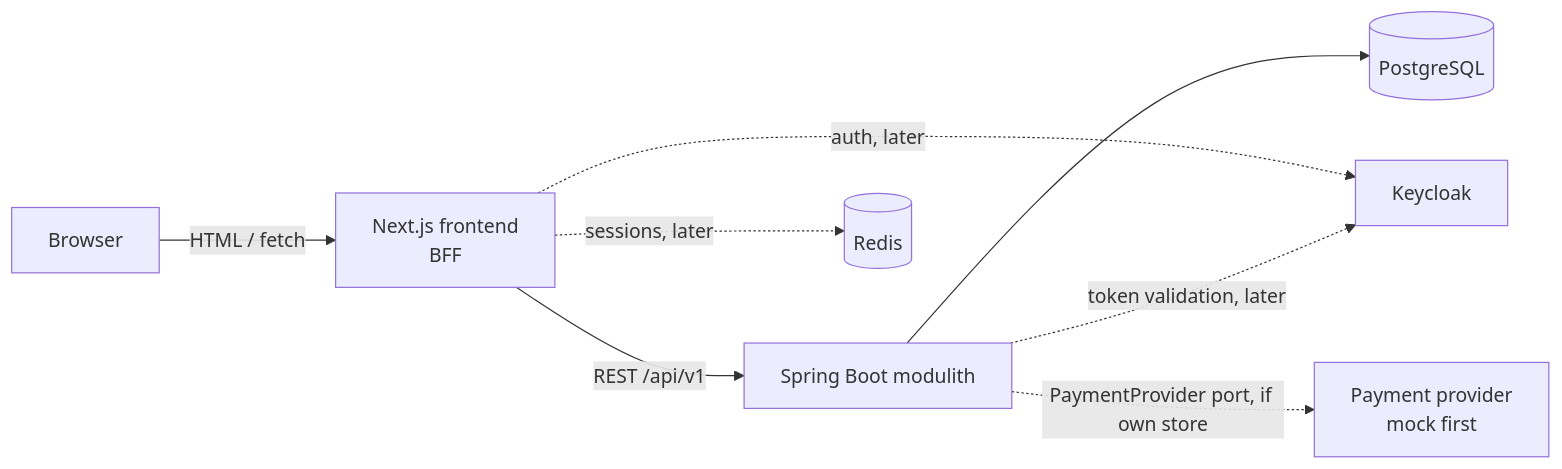
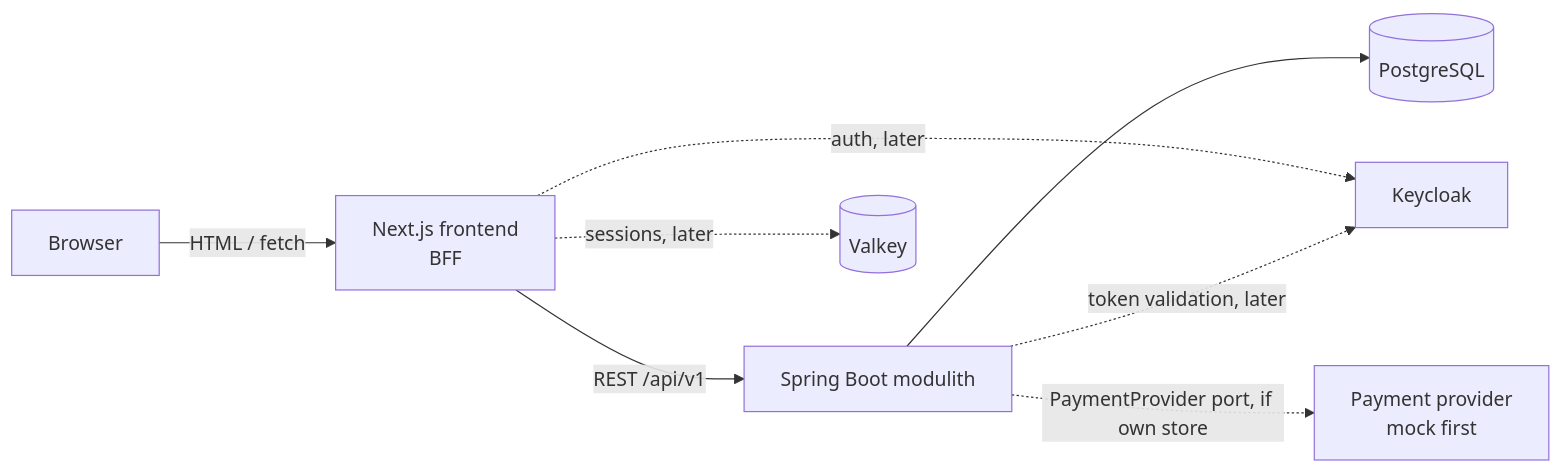
Before and after one commit to MiguelSombrero/kalia: the diagram in README.md, drawn with Mermaid. The commit also changed other lines of this file and 5 other files, not shown here.

````diff
--- a/README.md
+++ b/README.md
@@ -69,10 +76,10 @@
 ```mermaid
 flowchart LR
     Browser -->|HTML / fetch| Next[Next.js frontend<br/>BFF]
     Next -->|REST /api/v1| Spring[Spring Boot modulith]
     Spring --> PG[(PostgreSQL)]
-    Next -.->|sessions, later| Redis[(Redis)]
+    Next -.->|sessions, later| Valkey[(Valkey)]
     Next -.->|auth, later| KC[Keycloak]
     Spring -.->|token validation, later| KC
     Spring -.->|PaymentProvider port, if own store| PSP[Payment provider<br/>mock first]
 ```
````
